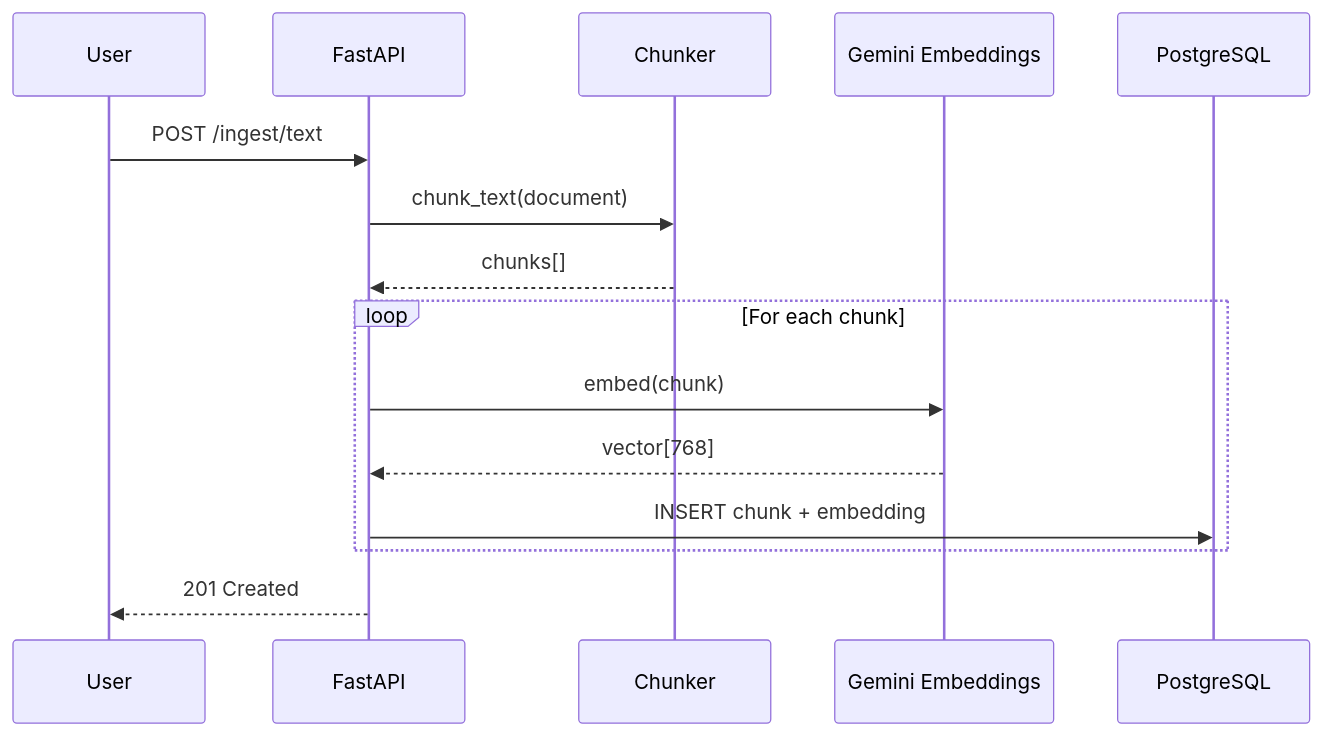
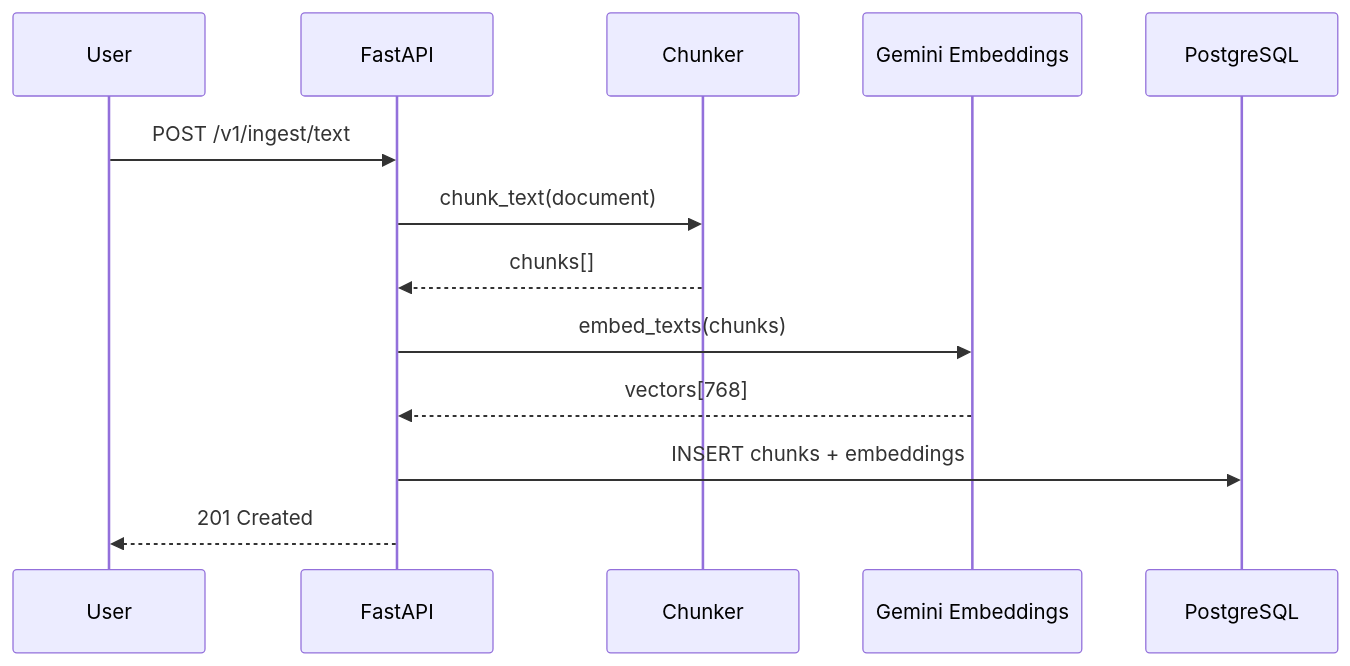
One commit to SaintWyss/rag-corp changed the second of 3 diagrams in doc/architecture/overview.md. Above: the diagram before and after it, drawn with Mermaid. The commit also changed other lines of this file and 34 other files, not shown here.

````diff
--- a/doc/architecture/overview.md
+++ b/doc/architecture/overview.md
@@ -219,20 +226,18 @@
 ```mermaid
 sequenceDiagram
     participant User
     participant API as FastAPI
     participant Chunker
     participant Embeddings as Gemini Embeddings
     participant DB as PostgreSQL
 
-    User->>API: POST /ingest/text
+    User->>API: POST /v1/ingest/text
     API->>Chunker: chunk_text(document)
     Chunker-->>API: chunks[]
     
-    loop For each chunk
-        API->>Embeddings: embed(chunk)
-        Embeddings-->>API: vector[768]
-        API->>DB: INSERT chunk + embedding
-    end
+    API->>Embeddings: embed_texts(chunks)
+    Embeddings-->>API: vectors[768]
+    API->>DB: INSERT chunks + embeddings
     
     API-->>User: 201 Created
 ```
````
